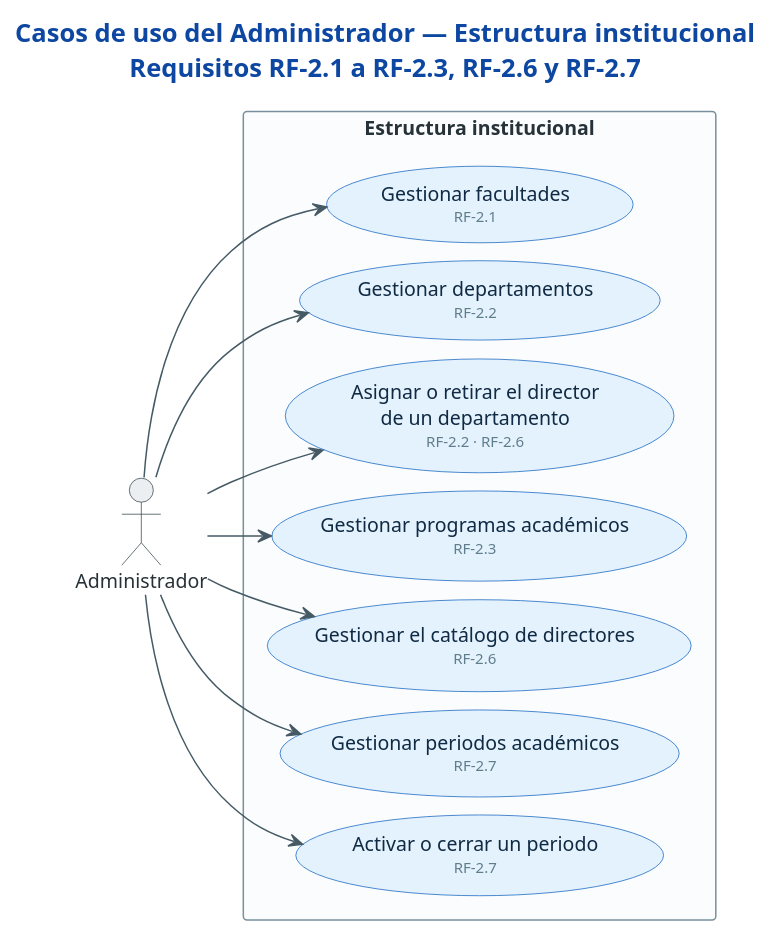
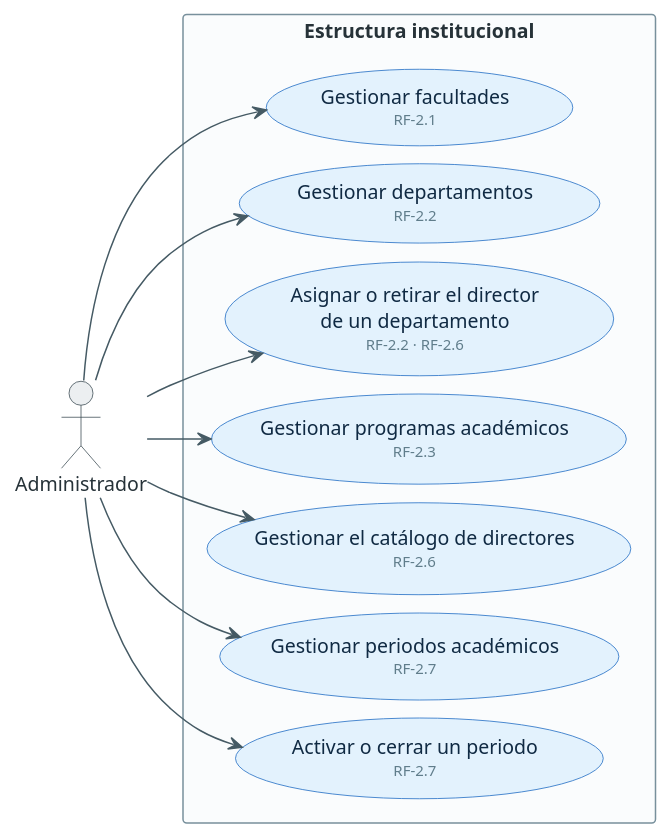
One commit to sistema-evaluacion-docente/api.evd changed the diagram in docs/casos-de-uso/02-admin-estructura-institucional.puml. Above: the diagram before and after it, drawn with PlantUML. The commit also changed 44 other files, not shown here.

First line of the commit message:
feat: add script to render use case diagrams to PDF

```diff
--- a/docs/casos-de-uso/02-admin-estructura-institucional.puml
+++ b/docs/casos-de-uso/02-admin-estructura-institucional.puml
@@ -1,58 +1,56 @@
 @startuml cu-02-admin-estructura-institucional
 ' =============================================================================
 ' Sistema de Evaluación Docente (SET) — UFPS
 ' Fuente: Tabla 36 (actores) y Tabla 37 (requisitos funcionales) del documento de
 '         tesis, con la implementación de DistilUmbert-back y DistilUmbert-front.
 ' =============================================================================
-title Casos de uso del Administrador — Estructura institucional\nRequisitos RF-2.1 a RF-2.3, RF-2.6 y RF-2.7
-
 left to right direction
 
 skinparam backgroundColor #FFFFFF
 skinparam shadowing false
 skinparam defaultFontSize 13
 skinparam TitleFontSize 17
 skinparam TitleFontColor #0D47A1
 skinparam ArrowColor #455A64
 skinparam ArrowFontColor #546E7A
 skinparam ArrowFontSize 11
 skinparam nodesep 12
 skinparam ranksep 40
 skinparam actor {
   BackgroundColor #ECEFF1
   BorderColor #37474F
   FontColor #263238
 }
 skinparam usecase {
   BackgroundColor #E3F2FD
   BorderColor #1565C0
   FontColor #102A43
 }
 skinparam rectangle {
   BackgroundColor #FAFCFD
   BorderColor #78909C
   FontColor #263238
   FontStyle bold
 }
 
 actor "Administrador" as ADM
 
 rectangle "Estructura institucional" {
   usecase "Gestionar facultades\n<size:10><color:#607D8B>RF-2.1</color></size>" as A1
   usecase "Gestionar departamentos\n<size:10><color:#607D8B>RF-2.2</color></size>" as A2
   usecase "Asignar o retirar el director\nde un departamento\n<size:10><color:#607D8B>RF-2.2 · RF-2.6</color></size>" as A3
   usecase "Gestionar programas académicos\n<size:10><color:#607D8B>RF-2.3</color></size>" as A4
   usecase "Gestionar el catálogo de directores\n<size:10><color:#607D8B>RF-2.6</color></size>" as A5
   usecase "Gestionar periodos académicos\n<size:10><color:#607D8B>RF-2.7</color></size>" as A6
   usecase "Activar o cerrar un periodo\n<size:10><color:#607D8B>RF-2.7</color></size>" as A7
 }
 
 ADM --> A1
 ADM --> A2
 ADM --> A3
 ADM --> A4
 ADM --> A5
 ADM --> A6
 ADM --> A7
 
 @enduml
```
